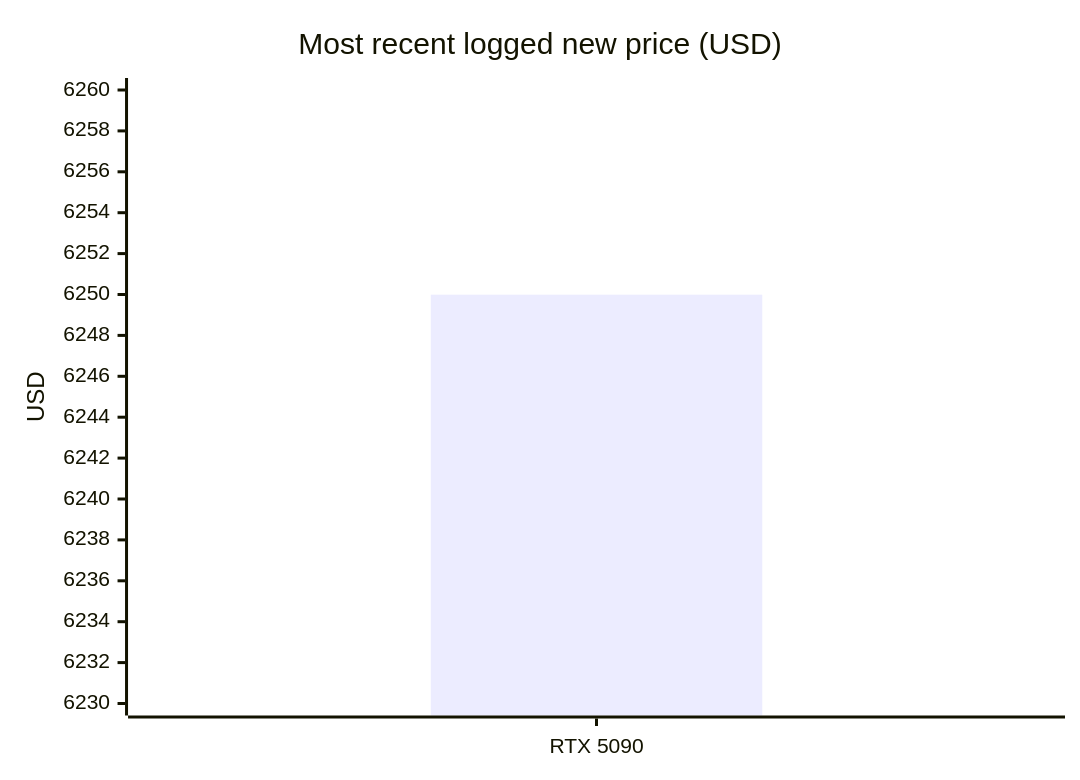
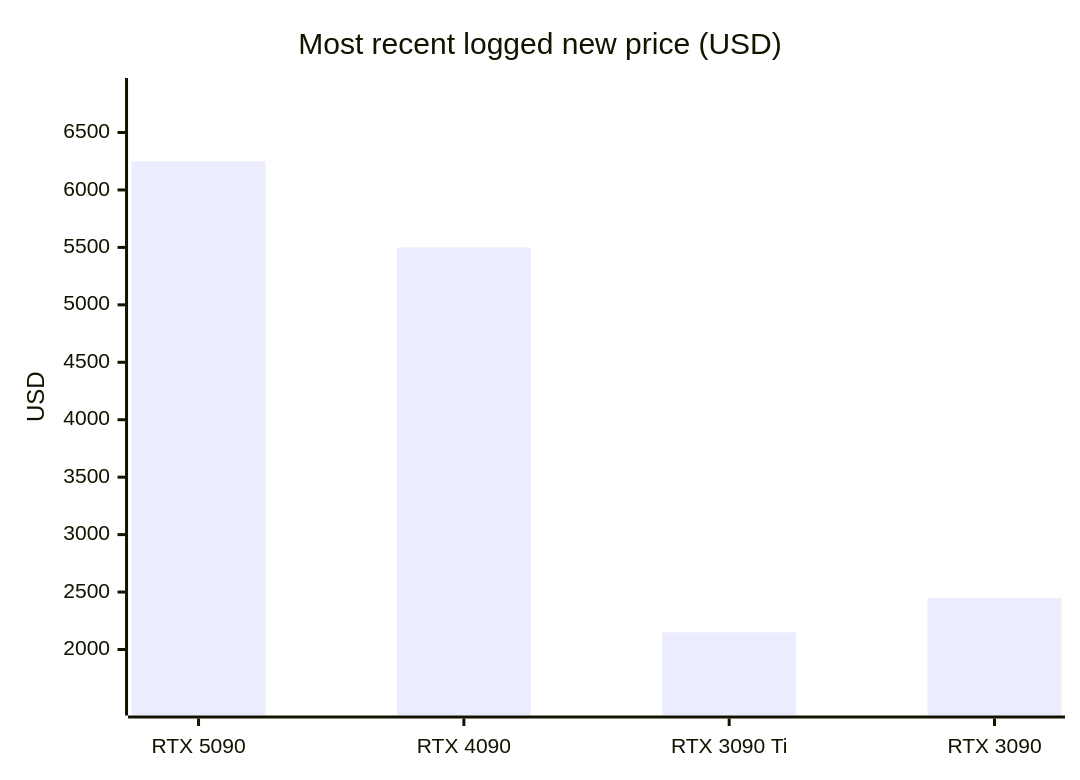
The third of 12 diagrams in README.md (7324136828/4tb_ssd_price_watch), drawn with Mermaid before and after one commit. The commit also changed other lines of this file and 4 other files, not shown here.

````diff
--- a/README.md
+++ b/README.md
@@ -218,7 +218,7 @@
 ```mermaid
 xychart-beta
     title "Most recent logged new price (USD)"
-    x-axis ["RTX 5090"]
-    y-axis "USD" 6230 --> 6260
-    bar [6249.99]
+    x-axis ["RTX 5090", "RTX 4090", "RTX 3090 Ti", "RTX 3090"]
+    y-axis "USD" 1530 --> 6870
+    bar [6249.99, 5500.00, 2150.00, 2450.00]
 ```
````
